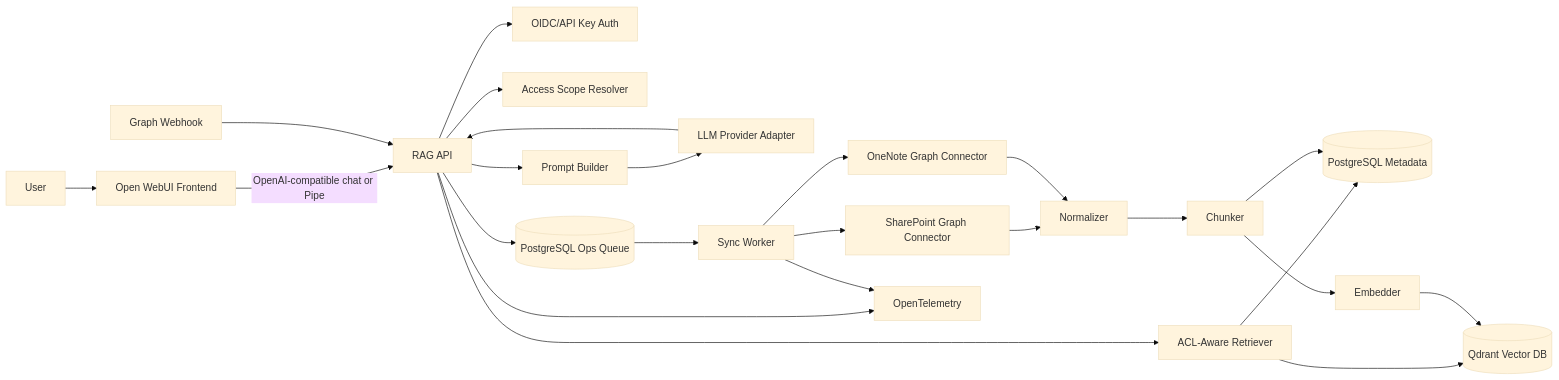
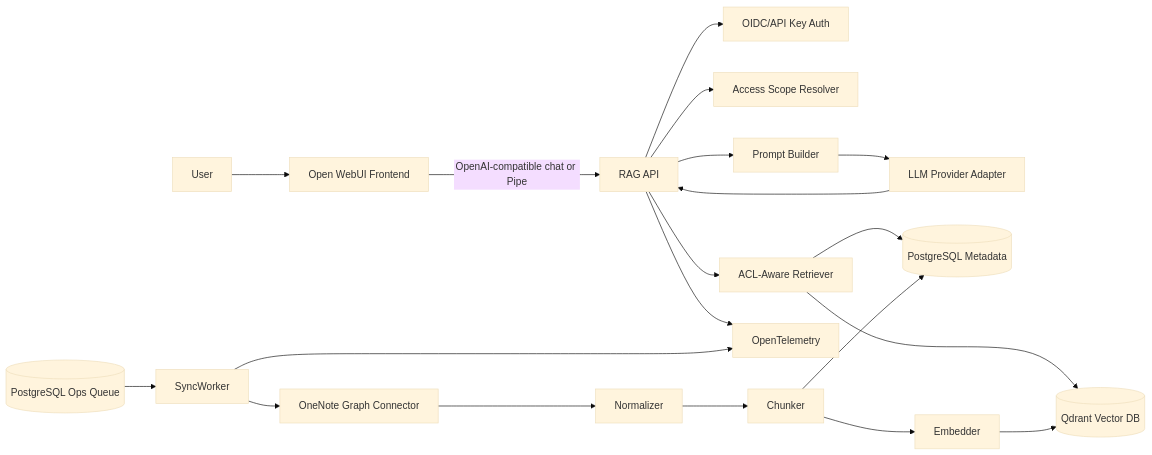
One commit to mstoyanov7/company-knowledge-cloud-rag changed the diagram in docs/diagrams/architecture.md. Above: the diagram before and after it, drawn with Mermaid (base theme). The commit also changed 76 other files, not shown here.

````diff
--- a/docs/diagrams/architecture.md
+++ b/docs/diagrams/architecture.md
@@ -3,31 +3,27 @@
 ```mermaid
 flowchart LR
     User[User] --> OpenWebUI[Open WebUI Frontend]
     OpenWebUI -->|OpenAI-compatible chat or Pipe| RagApi[RAG API]
 
     RagApi --> Auth[OIDC/API Key Auth]
     RagApi --> Scope[Access Scope Resolver]
     RagApi --> Retriever[ACL-Aware Retriever]
     RagApi --> Prompt[Prompt Builder]
     Prompt --> LLM[LLM Provider Adapter]
     LLM --> RagApi
 
     Retriever --> Qdrant[(Qdrant Vector DB)]
     Retriever --> Postgres[(PostgreSQL Metadata)]
 
-    SyncWorker[Sync Worker] --> SharePoint[SharePoint Graph Connector]
     SyncWorker --> OneNote[OneNote Graph Connector]
-    SharePoint --> Normalizer[Normalizer]
     OneNote --> Normalizer
     Normalizer --> Chunker[Chunker]
     Chunker --> Embedder[Embedder]
     Embedder --> Qdrant
     Chunker --> Postgres
 
-    GraphWebhook[Graph Webhook] --> RagApi
-    RagApi --> OpsQueue[(PostgreSQL Ops Queue)]
-    OpsQueue --> SyncWorker
+    OpsQueue[(PostgreSQL Ops Queue)] --> SyncWorker
 
     RagApi --> OTel[OpenTelemetry]
     SyncWorker --> OTel
 ```
````
